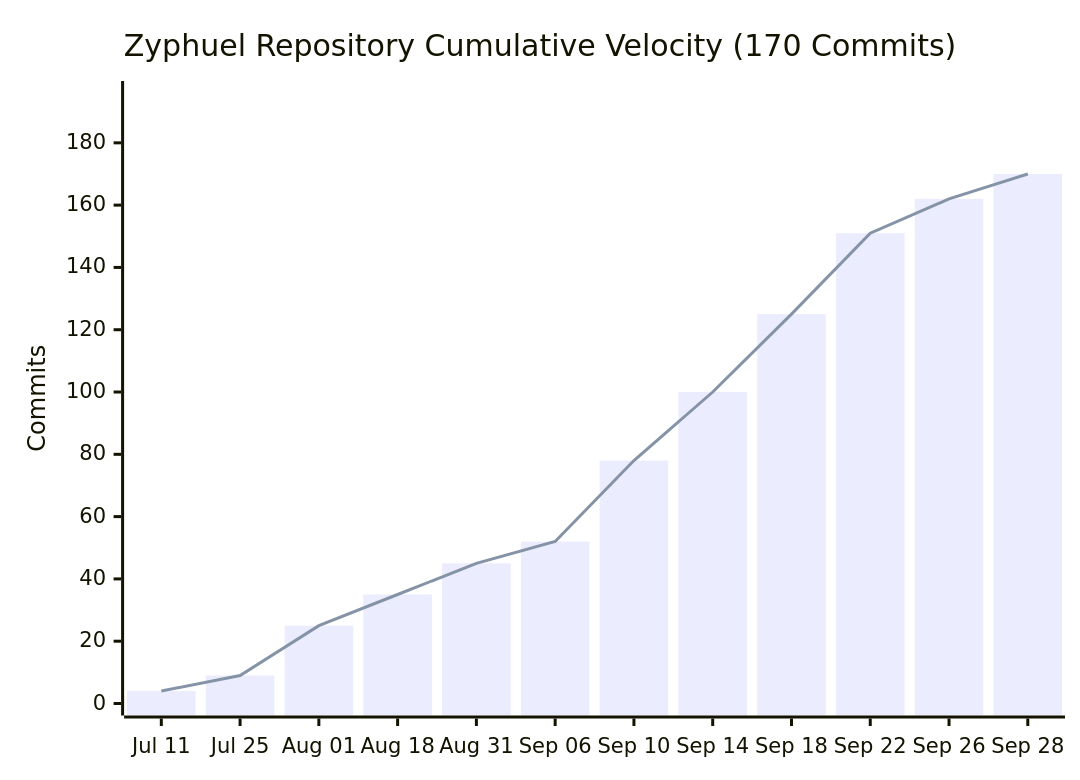
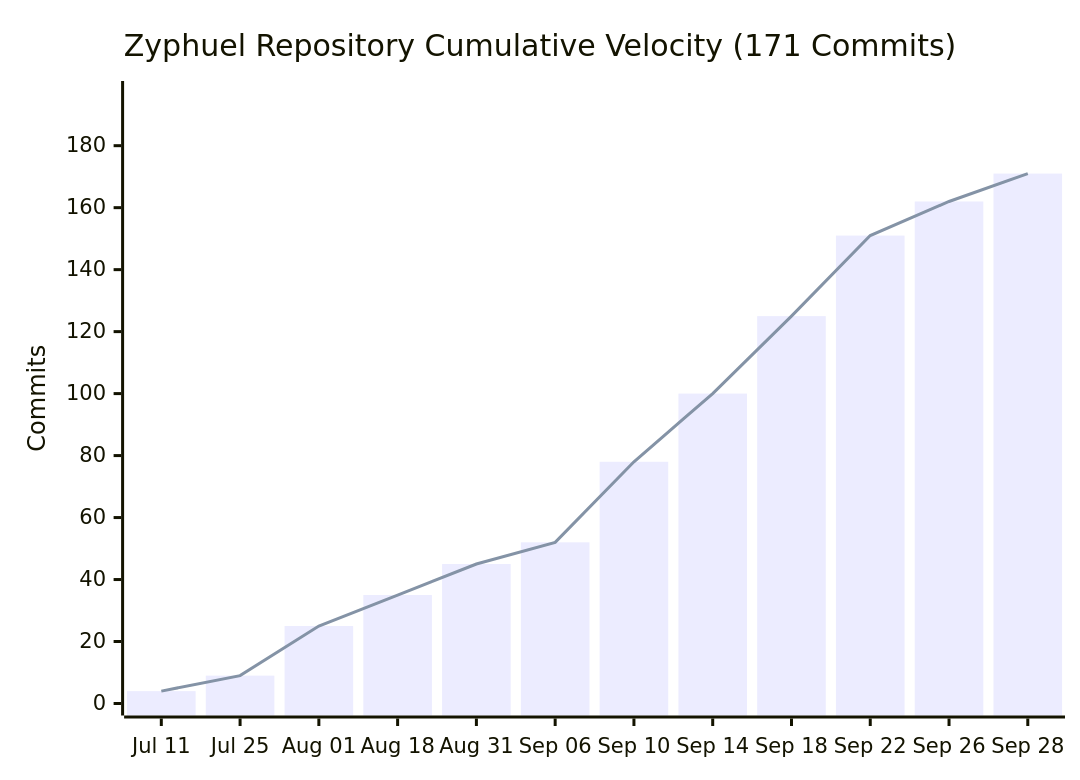
The diagram in README.md (daniyal44/Zyphuel), drawn with Mermaid before and after one commit. The commit also changed other lines of this file and 36 other files, not shown here.

````diff
--- a/README.md
+++ b/README.md
@@ -155,8 +155,8 @@
 ```mermaid
 xychart-beta
-    title "Zyphuel Repository Cumulative Velocity (170 Commits)"
+    title "Zyphuel Repository Cumulative Velocity (171 Commits)"
     x-axis ["Jul 11", "Jul 25", "Aug 01", "Aug 18", "Aug 31", "Sep 06", "Sep 10", "Sep 14", "Sep 18", "Sep 22", "Sep 26", "Sep 28"]
-    y-axis "Commits" 0 --> 196
-    bar [4, 9, 25, 35, 45, 52, 78, 100, 125, 151, 162, 170]
-    line [4, 9, 25, 35, 45, 52, 78, 100, 125, 151, 162, 170]
+    y-axis "Commits" 0 --> 197
+    bar [4, 9, 25, 35, 45, 52, 78, 100, 125, 151, 162, 171]
+    line [4, 9, 25, 35, 45, 52, 78, 100, 125, 151, 162, 171]
 ```
````
